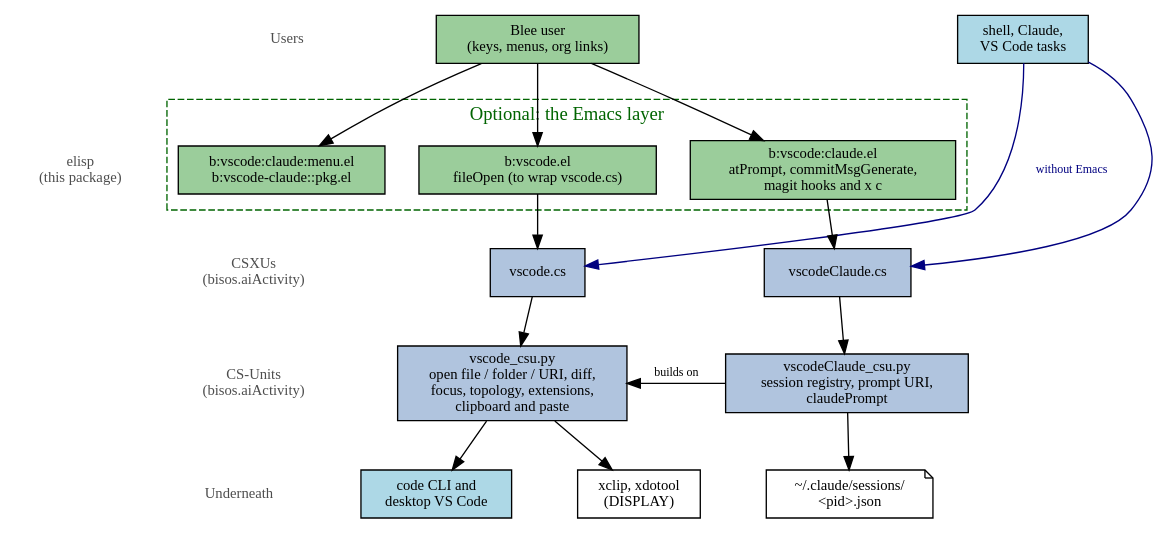
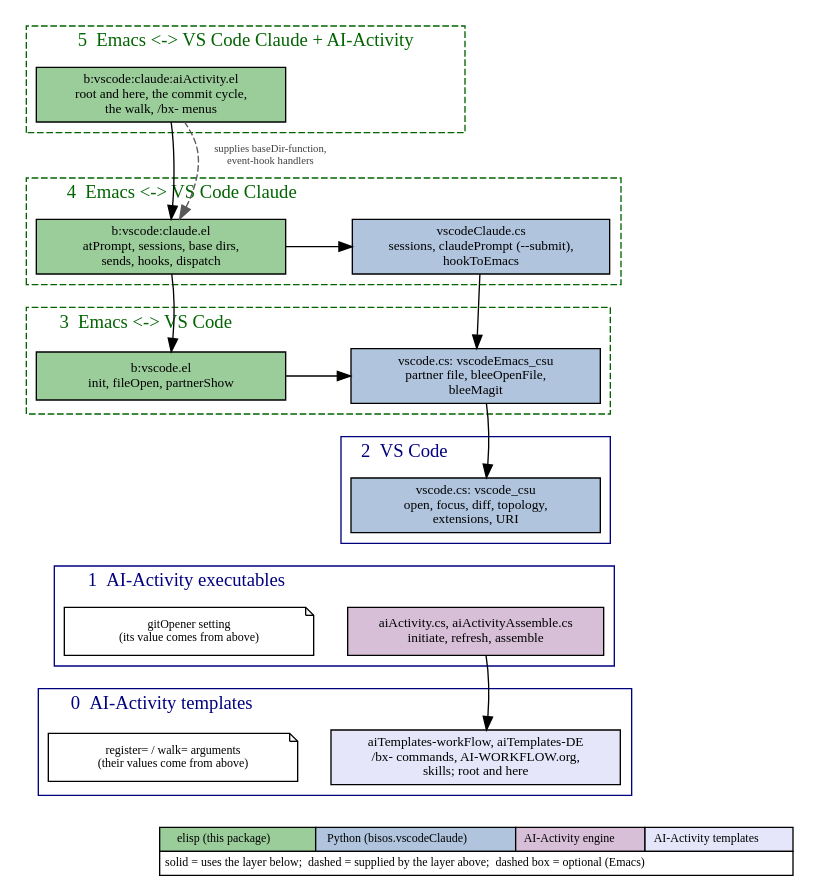
The diagram in images/vscodeClaudeLayers.gv (bx-blee/vscode-claude), drawn with Graphviz before and after one commit. The commit also changed 38 other files, not shown here.

```diff
--- a/images/vscodeClaudeLayers.gv
+++ b/images/vscodeClaudeLayers.gv
@@ -1,86 +1,82 @@
 digraph {
-	nodesep=0.35 rankdir=TB ranksep=0.5
-	node [fontsize=11 shape=rectangle]
-	lyr_users [label=Users fontcolor=gray30 fontsize=11 shape=plaintext]
-	lyr_elisp [label="elisp
-(this package)" fontcolor=gray30 fontsize=11 shape=plaintext]
-	lyr_csxu [label="CSXUs
-(bisos.aiActivity)" fontcolor=gray30 fontsize=11 shape=plaintext]
-	lyr_csu [label="CS-Units
-(bisos.aiActivity)" fontcolor=gray30 fontsize=11 shape=plaintext]
-	lyr_ext [label=Underneath fontcolor=gray30 fontsize=11 shape=plaintext]
-	lyr_users -> lyr_elisp [style=invis]
-	lyr_elisp -> lyr_csxu [style=invis]
-	lyr_csxu -> lyr_csu [style=invis]
-	lyr_csu -> lyr_ext [style=invis]
-	{
-		rank=same
-		lyr_users
-		bleeUser [label="Blee user
-(keys, menus, org links)" fillcolor=darkseagreen3 style=filled]
-		shellUser [label="shell, Claude,
-VS Code tasks" fillcolor=lightblue style=filled]
-		lyr_users -> bleeUser [style=invis]
-		bleeUser -> shellUser [style=invis]
-	}
-	subgraph cluster_elisp {
-		color=darkgreen fontcolor=darkgreen label="Optional: the Emacs layer" style=dashed
+	newrank=true nodesep=0.35 rankdir=TB ranksep=0.3
+	node [fontsize=10 shape=rectangle width=2.6]
+	subgraph cluster_l5 {
+		color=darkgreen fontcolor=darkgreen label="5  Emacs <-> VS Code Claude + AI-Activity" labeljust=l style=dashed
 		{
 			rank=same
-			elVscode [label="b:vscode.el
-fileOpen (to wrap vscode.cs)" fillcolor=darkseagreen3 style=filled]
-			elClaude [label="b:vscode:claude.el
-atPrompt, commitMsgGenerate,
-magit hooks and x c" fillcolor=darkseagreen3 style=filled]
-			elMenu [label="b:vscode:claude:menu.el
-b:vscode-claude::pkg.el" fillcolor=darkseagreen3 style=filled]
+			l5el [label="b:vscode:claude:aiActivity.el
+root and here, the commit cycle,
+the walk, /bx- menus" fillcolor=darkseagreen3 style=filled]
 		}
 	}
-	{
-		rank=same
-		lyr_csxu
-		csVscode [label="vscode.cs" fillcolor=lightsteelblue style=filled]
-		csClaude [label="vscodeClaude.cs" fillcolor=lightsteelblue style=filled]
-		lyr_csxu -> csVscode [style=invis]
-		csVscode -> csClaude [style=invis]
+	subgraph cluster_l4 {
+		color=darkgreen fontcolor=darkgreen label="4  Emacs <-> VS Code Claude" labeljust=l style=dashed
+		{
+			rank=same
+			l4el [label="b:vscode:claude.el
+atPrompt, sessions, base dirs,
+sends, hooks, dispatch" fillcolor=darkseagreen3 style=filled]
+			l4py [label="vscodeClaude.cs
+sessions, claudePrompt (--submit),
+hookToEmacs" fillcolor=lightsteelblue style=filled]
+		}
 	}
-	{
-		rank=same
-		lyr_csu
-		csuVscode [label="vscode_csu.py
-open file / folder / URI, diff,
-focus, topology, extensions,
-clipboard and paste" fillcolor=lightsteelblue style=filled]
-		csuClaude [label="vscodeClaude_csu.py
-session registry, prompt URI,
-claudePrompt" fillcolor=lightsteelblue style=filled]
-		lyr_csu -> csuVscode [style=invis]
-		csuVscode -> csuClaude [style=invis]
+	subgraph cluster_l3 {
+		color=darkgreen fontcolor=darkgreen label="3  Emacs <-> VS Code" labeljust=l style=dashed
+		{
+			rank=same
+			l3el [label="b:vscode.el
+init, fileOpen, partnerShow" fillcolor=darkseagreen3 style=filled]
+			l3py [label="vscode.cs: vscodeEmacs_csu
+partner file, bleeOpenFile,
+bleeMagit" fillcolor=lightsteelblue style=filled]
+		}
 	}
-	{
-		rank=same
-		lyr_ext
-		code [label="code CLI and
-desktop VS Code" fillcolor=lightblue style=filled]
-		xtools [label="xclip, xdotool
-(DISPLAY)" fillcolor=white style=filled]
-		registry [label="~/.claude/sessions/
-<pid>.json" fillcolor=white shape=note style=filled]
-		lyr_ext -> code [style=invis]
-		code -> xtools [style=invis]
-		xtools -> registry [style=invis]
+	subgraph cluster_l2 {
+		color=navy fontcolor=navy label="2  VS Code" labeljust=l style=solid
+		{
+			rank=same
+			l2py [label="vscode.cs: vscode_csu
+open, focus, diff, topology,
+extensions, URI" fillcolor=lightsteelblue style=filled]
+		}
 	}
-	bleeUser -> elVscode
-	bleeUser -> elClaude
-	bleeUser -> elMenu
-	elVscode -> csVscode
-	elClaude -> csClaude
-	shellUser -> csVscode [label=" without Emacs " color=navy fontcolor=navy fontsize=9]
-	shellUser -> csClaude [color=navy]
-	csVscode -> csuVscode
-	csClaude -> csuClaude
-	csuClaude -> csuVscode [label=" builds on " constraint=false fontsize=9]
-	csuVscode -> code
-	csuVscode -> xtools
-	csuClaude -> registry
+	subgraph cluster_l1 {
+		color=navy fontcolor=navy label="1  AI-Activity executables" labeljust=l style=solid
+		{
+			rank=same
+			l1engine [label="aiActivity.cs, aiActivityAssemble.cs
+initiate, refresh, assemble" fillcolor=thistle style=filled]
+			l1setting [label="gitOpener setting
+(its value comes from above)" fillcolor=white fontsize=9 shape=note style=filled]
+		}
+	}
+	subgraph cluster_l0 {
+		color=navy fontcolor=navy label="0  AI-Activity templates" labeljust=l style=solid
+		{
+			rank=same
+			l0tmpl [label="aiTemplates-workFlow, aiTemplates-DE
+/bx- commands, AI-WORKFLOW.org,
+skills; root and here" fillcolor=lavender style=filled]
+			l0setting [label="register= / walk= arguments
+(their values come from above)" fillcolor=white fontsize=9 shape=note style=filled]
+		}
+	}
+	l5el -> l4el [style=invis]
+	l4el -> l3el [style=invis]
+	l3py -> l2py [style=invis]
+	l2py -> l1engine [style=invis]
+	l1engine -> l0tmpl [style=invis]
+	l5el -> l4el
+	l4el -> l4py [constraint=false]
+	l4el -> l3el
+	l4py -> l3py
+	l3el -> l3py [constraint=false]
+	l3py -> l2py
+	l1engine -> l0tmpl
+	l4el -> l5el [label=" supplies baseDir-function,
+ event-hook handlers " color=gray35 constraint=false dir=back fontcolor=gray25 fontsize=8 style=dashed]
+	legend [label=<<TABLE BORDER="0" CELLBORDER="1" CELLSPACING="0" CELLPADDING="3"><TR><TD BGCOLOR="darkseagreen3">elisp (this package)</TD><TD BGCOLOR="lightsteelblue">Python (bisos.vscodeClaude)</TD><TD BGCOLOR="thistle">AI-Activity engine</TD><TD BGCOLOR="lavender">AI-Activity templates</TD></TR><TR><TD COLSPAN="4">solid = uses the layer below;  dashed = supplied by the layer above;  dashed box = optional (Emacs)</TD></TR></TABLE>> fontsize=9 shape=plaintext width=0]
+	l0tmpl -> legend [style=invis]
 }
```
